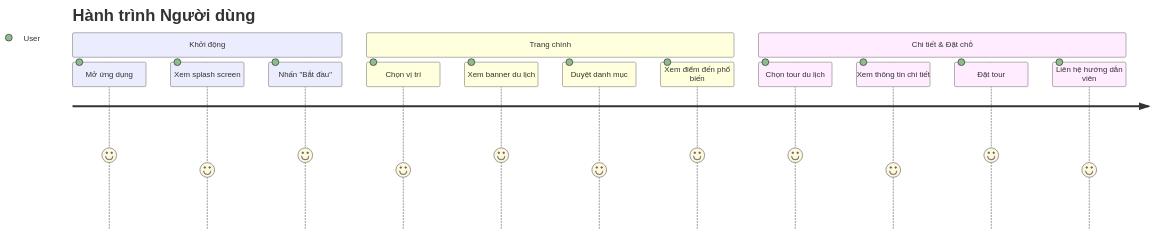
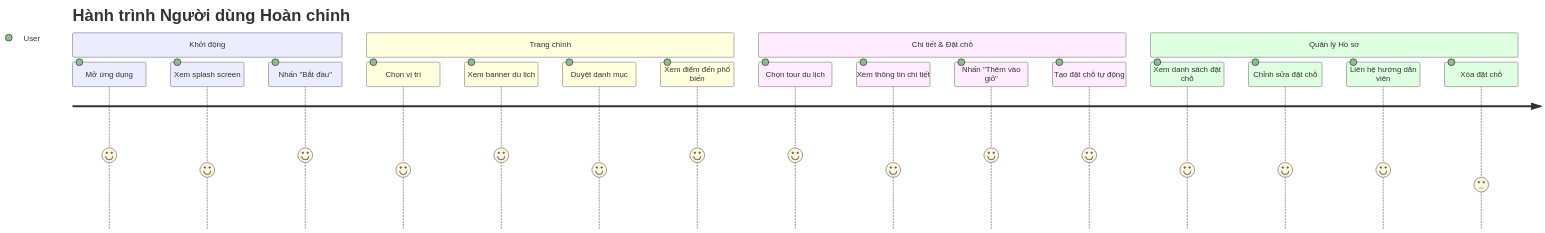
One commit to holdennguyen/travel-app-android changed the sixth of 7 diagrams in README.md. Above: the diagram before and after it, drawn with Mermaid. The commit also changed other lines of this file and 2 other files, not shown here.

Commit message:
📝 UPDATE: Memory Bank & README.md - Hoàn thiện hệ thống hồ sơ và đặt chỗ\n\n- Cập nhật activeContext.md và progress.md với trạng thái mới nhất\n- README.md tiếng Việt: bổ sung hướng dẫn CRUD, flow đặt chỗ, lưu ý bảo mật Firebase\n- Sẵn sàng trình bày, kiểm thử và phát triển tiếp

````diff
--- a/README.md
+++ b/README.md
@@ -430,18 +474,23 @@
 ```mermaid
 journey
-    title Hành trình Người dùng
+    title Hành trình Người dùng Hoàn chỉnh
     section Khởi động
       Mở ứng dụng: 5: User
       Xem splash screen: 4: User
       Nhấn "Bắt đầu": 5: User
     section Trang chính
       Chọn vị trí: 4: User
       Xem banner du lịch: 5: User
       Duyệt danh mục: 4: User
       Xem điểm đến phổ biến: 5: User
     section Chi tiết & Đặt chỗ
       Chọn tour du lịch: 5: User
       Xem thông tin chi tiết: 4: User
-      Đặt tour: 5: User
+      Nhấn "Thêm vào giỏ": 5: User
+      Tạo đặt chỗ tự động: 5: User
+    section Quản lý Hồ sơ
+      Xem danh sách đặt chỗ: 4: User
+      Chỉnh sửa đặt chỗ: 4: User
       Liên hệ hướng dẫn viên: 4: User
+      Xóa đặt chỗ: 3: User
 ```
````
